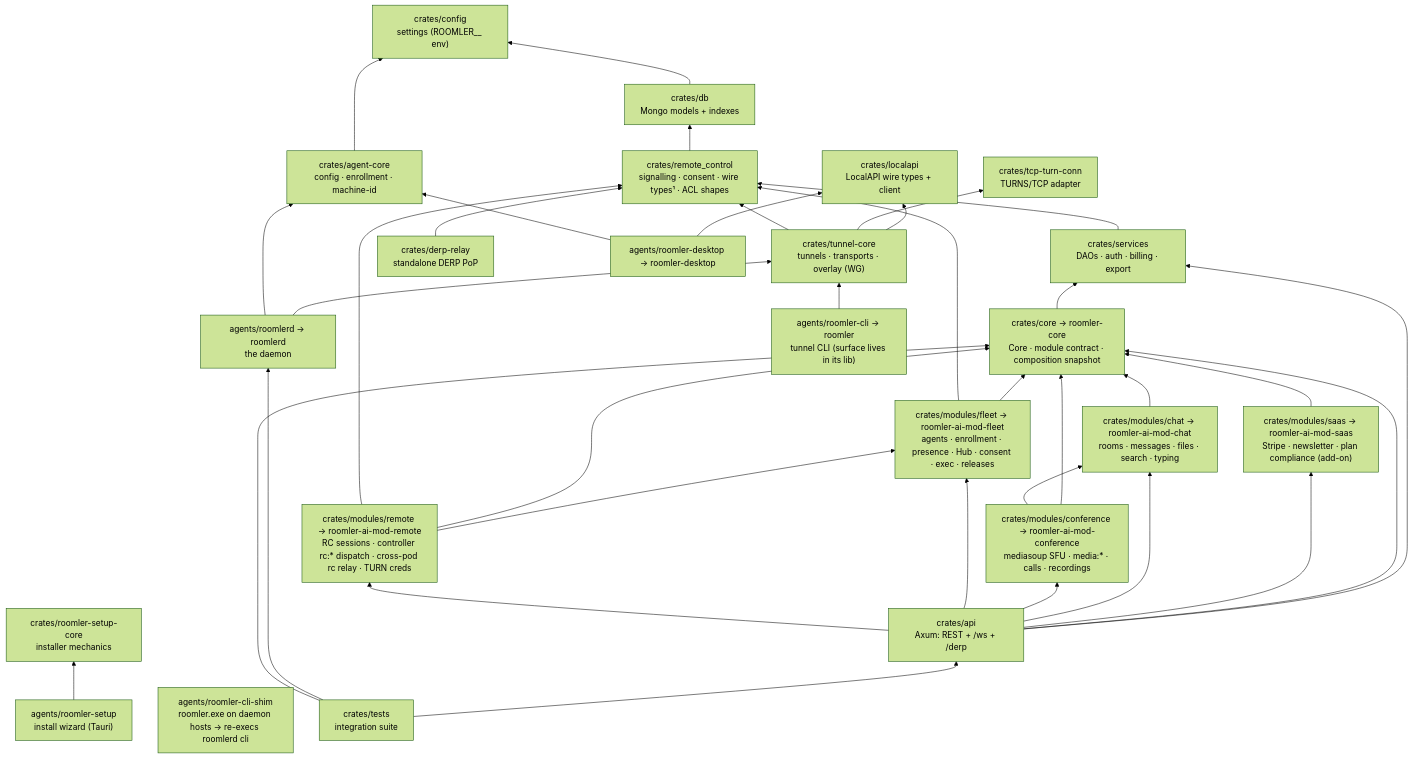
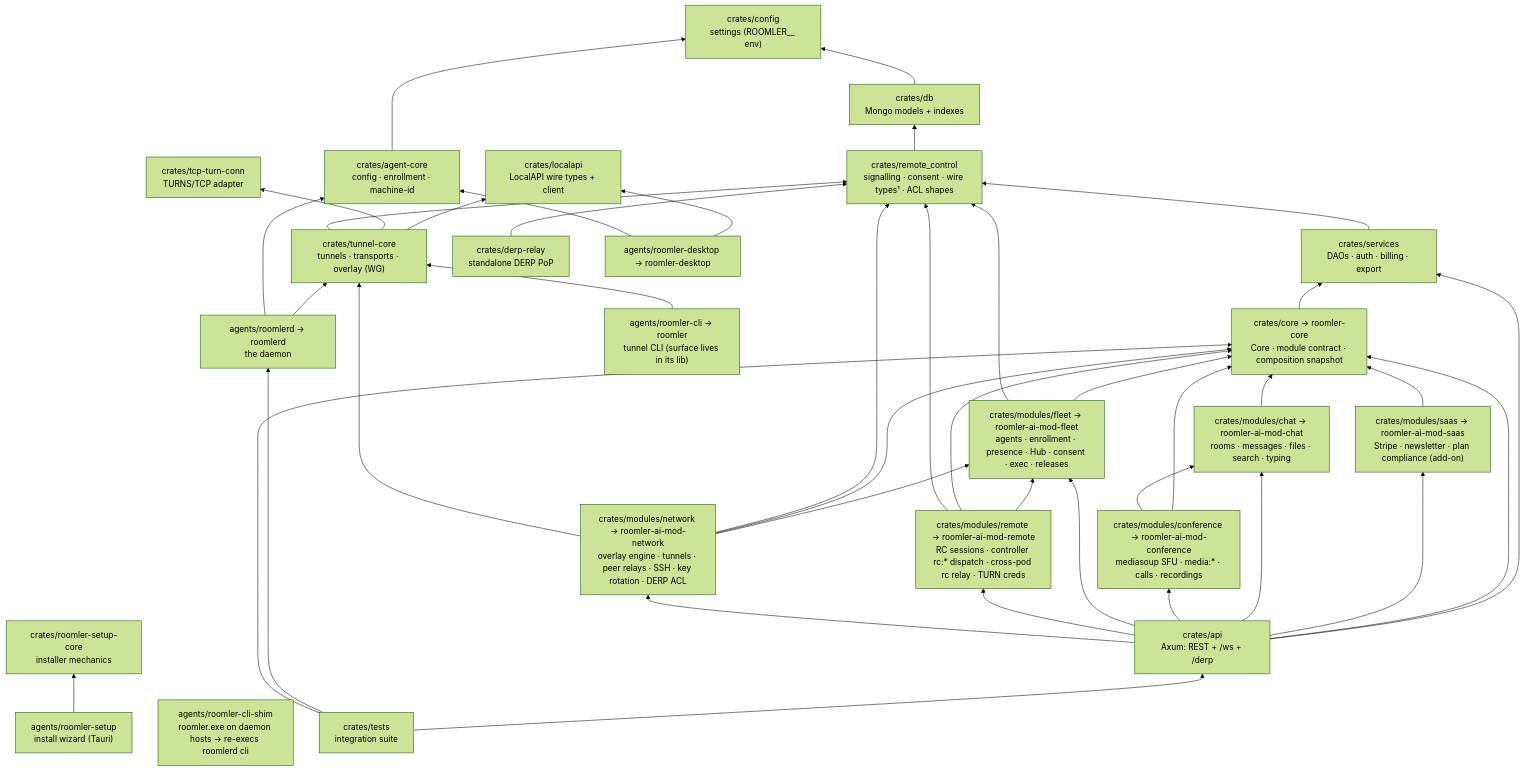
One commit to gjovanov/roomler-ai changed the third of 4 diagrams in docs/architecture.md. Above: the diagram before and after it, drawn with Mermaid (forest theme). The commit also changed 4 other files, not shown here.

Commit message:
fix(fr-69): P7a — the DERP allow-table test builder is reachable from the host's relay tests; spec, ledger, CLAUDE.md and the architecture graph for P7a (#1307)

````diff
--- a/docs/architecture.md
+++ b/docs/architecture.md
@@ -100,48 +100,50 @@
 ```mermaid
 flowchart BT
     config["crates/config<br/>settings (ROOMLER__ env)"]
     db["crates/db<br/>Mongo models + indexes"]
     core["crates/core → roomler-core<br/>Core · module contract · composition snapshot"]
     saas["crates/modules/saas → roomler-ai-mod-saas<br/>Stripe · newsletter · plan compliance (add-on)"]
     chat["crates/modules/chat → roomler-ai-mod-chat<br/>rooms · messages · files · search · typing"]
     conference["crates/modules/conference → roomler-ai-mod-conference<br/>mediasoup SFU · media:* · calls · recordings"]
     fleet["crates/modules/fleet → roomler-ai-mod-fleet<br/>agents · enrollment · presence · Hub · consent · exec · releases"]
     remote["crates/modules/remote → roomler-ai-mod-remote<br/>RC sessions · controller rc:* dispatch · cross-pod rc relay · TURN creds"]
+    network["crates/modules/network → roomler-ai-mod-network<br/>overlay engine · tunnels · peer relays · SSH · key rotation · DERP ACL"]
     rc["crates/remote_control<br/>signalling · consent · wire types¹ · ACL shapes"]
     services["crates/services<br/>DAOs · auth · billing · export"]
     api["crates/api<br/>Axum: REST + /ws + /derp"]
     tests["crates/tests<br/>integration suite"]
 
     localapi["crates/localapi<br/>LocalAPI wire types + client"]
     agentcore["crates/agent-core<br/>config · enrollment · machine-id"]
     tunnelcore["crates/tunnel-core<br/>tunnels · transports · overlay (WG)"]
     tcpturn["crates/tcp-turn-conn<br/>TURNS/TCP adapter"]
     derprelay["crates/derp-relay<br/>standalone DERP PoP"]
     setupcore["crates/roomler-setup-core<br/>installer mechanics"]
 
     roomlerd["agents/roomlerd → roomlerd<br/>the daemon"]
     tunnel["agents/roomler-cli → roomler<br/>tunnel CLI (surface lives in its lib)"]
     shim["agents/roomler-cli-shim<br/>roomler.exe on daemon hosts → re-execs roomlerd cli"]
     tray["agents/roomler-desktop → roomler-desktop"]
     setup["agents/roomler-setup<br/>install wizard (Tauri)"]
 
     db --> config
     core --> services
     saas --> core
     chat --> core
     conference --> core & chat
     fleet --> core & rc
     remote --> fleet & core & rc
+    network --> fleet & core & rc & tunnelcore
     rc --> db
     services --> rc
-    api --> services & core & saas & chat & conference & fleet & remote
+    api --> services & core & saas & chat & conference & fleet & remote & network
     tests --> api & roomlerd & core
 
     tunnelcore --> localapi & tcpturn & rc
     agentcore --> config
     roomlerd --> tunnelcore & agentcore
     tunnel --> tunnelcore
     tray --> localapi & agentcore
     setup --> setupcore
     derprelay --> rc
 ```
````
